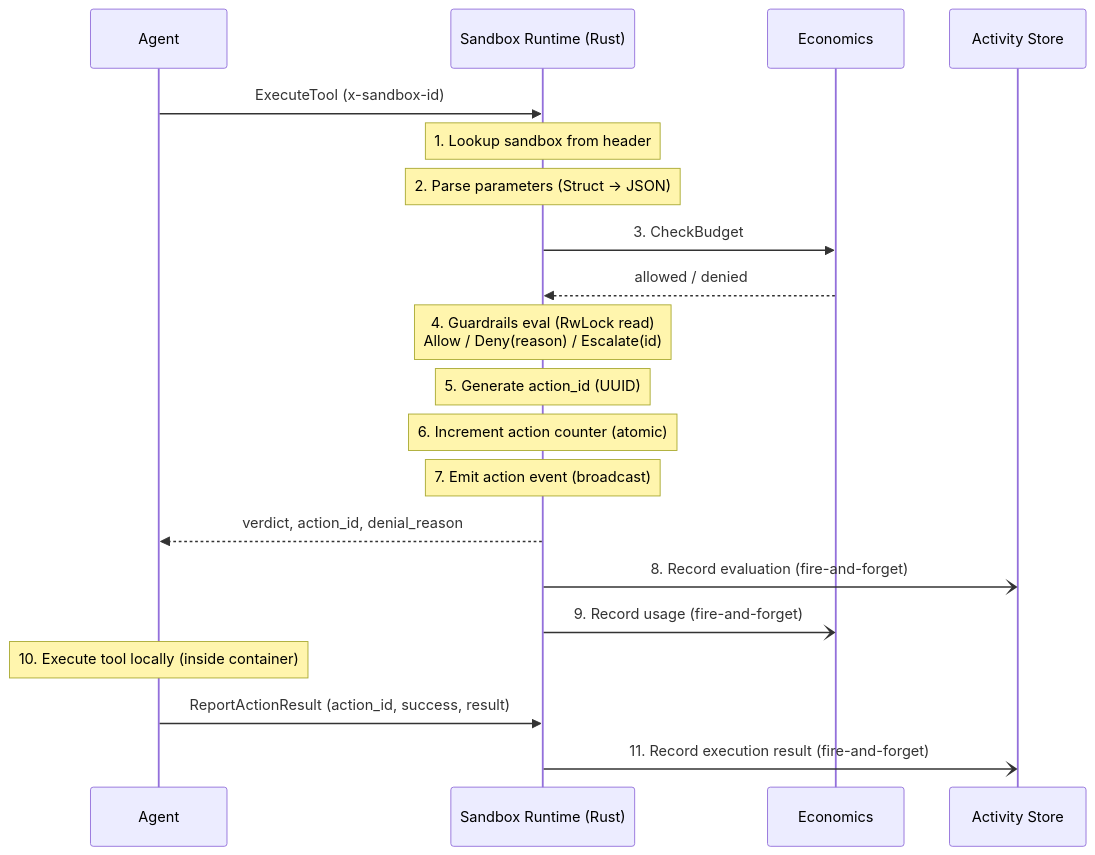
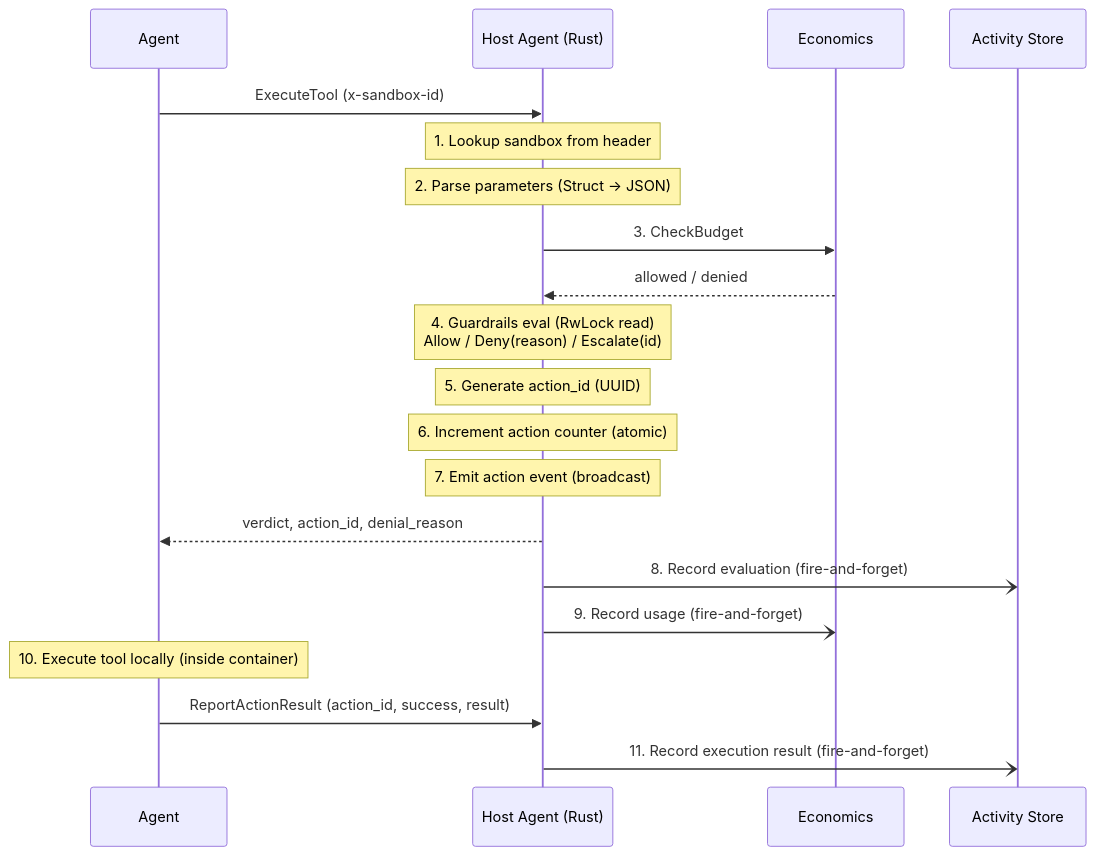
One commit to Baselyne-Systems/agent-sandbox-platform changed the second of 5 diagrams in docs/architecture.md. Above: the diagram before and after it, drawn with Mermaid. The commit also changed other lines of this file and 21 other files, not shown here.

````diff
--- a/docs/architecture.md
+++ b/docs/architecture.md
@@ -176,24 +178,24 @@
 ```mermaid
 sequenceDiagram
     participant Agent
-    participant Runtime as Sandbox Runtime (Rust)
+    participant HA as Host Agent (Rust)
     participant Economics
     participant Activity as Activity Store
 
-    Agent->>Runtime: ExecuteTool (x-sandbox-id)
-    Note over Runtime: 1. Lookup sandbox from header
-    Note over Runtime: 2. Parse parameters (Struct → JSON)
-    Runtime->>Economics: 3. CheckBudget
-    Economics-->>Runtime: allowed / denied
-    Note over Runtime: 4. Guardrails eval (RwLock read)<br/>Allow / Deny(reason) / Escalate(id)
-    Note over Runtime: 5. Generate action_id (UUID)
-    Note over Runtime: 6. Increment action counter (atomic)
-    Note over Runtime: 7. Emit action event (broadcast)
-    Runtime-->>Agent: verdict, action_id, denial_reason
-    Runtime-)Activity: 8. Record evaluation (fire-and-forget)
-    Runtime-)Economics: 9. Record usage (fire-and-forget)
+    Agent->>HA: ExecuteTool (x-sandbox-id)
+    Note over HA: 1. Lookup sandbox from header
+    Note over HA: 2. Parse parameters (Struct → JSON)
+    HA->>Economics: 3. CheckBudget
+    Economics-->>HA: allowed / denied
+    Note over HA: 4. Guardrails eval (RwLock read)<br/>Allow / Deny(reason) / Escalate(id)
+    Note over HA: 5. Generate action_id (UUID)
+    Note over HA: 6. Increment action counter (atomic)
+    Note over HA: 7. Emit action event (broadcast)
+    HA-->>Agent: verdict, action_id, denial_reason
+    HA-)Activity: 8. Record evaluation (fire-and-forget)
+    HA-)Economics: 9. Record usage (fire-and-forget)
 
     Note over Agent: 10. Execute tool locally (inside container)
-    Agent->>Runtime: ReportActionResult (action_id, success, result)
-    Runtime-)Activity: 11. Record execution result (fire-and-forget)
+    Agent->>HA: ReportActionResult (action_id, success, result)
+    HA-)Activity: 11. Record execution result (fire-and-forget)
 ```
````
